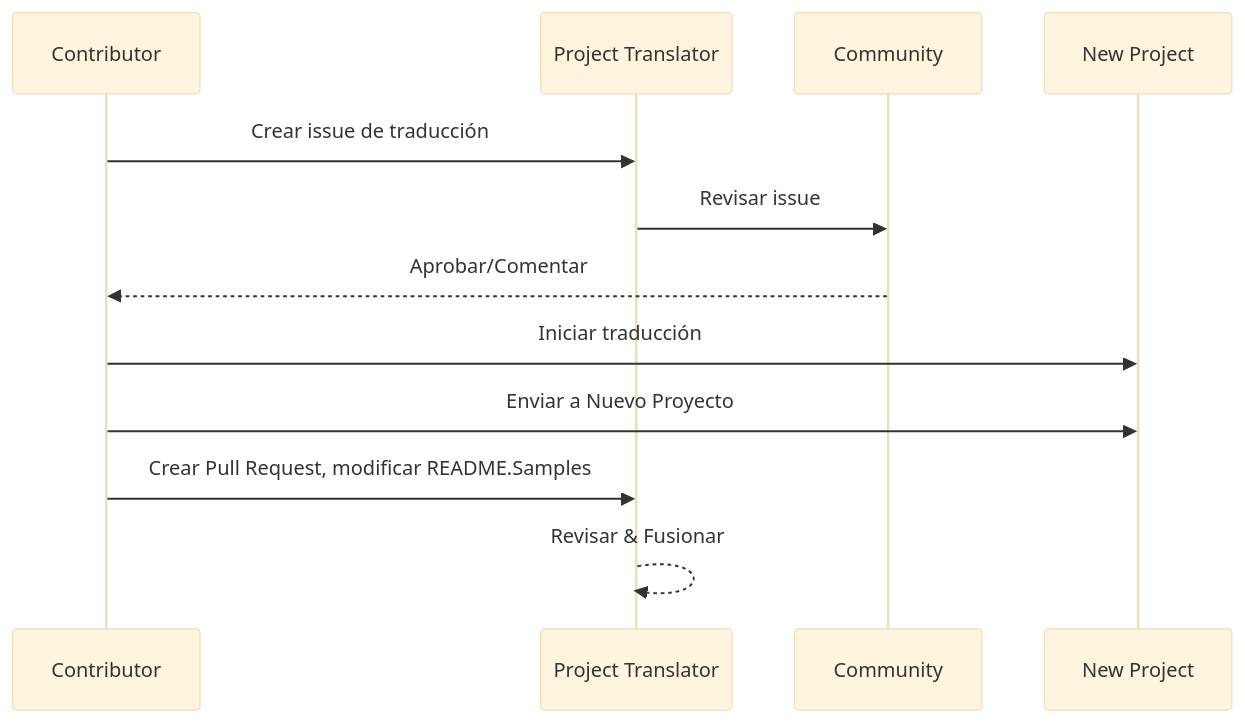
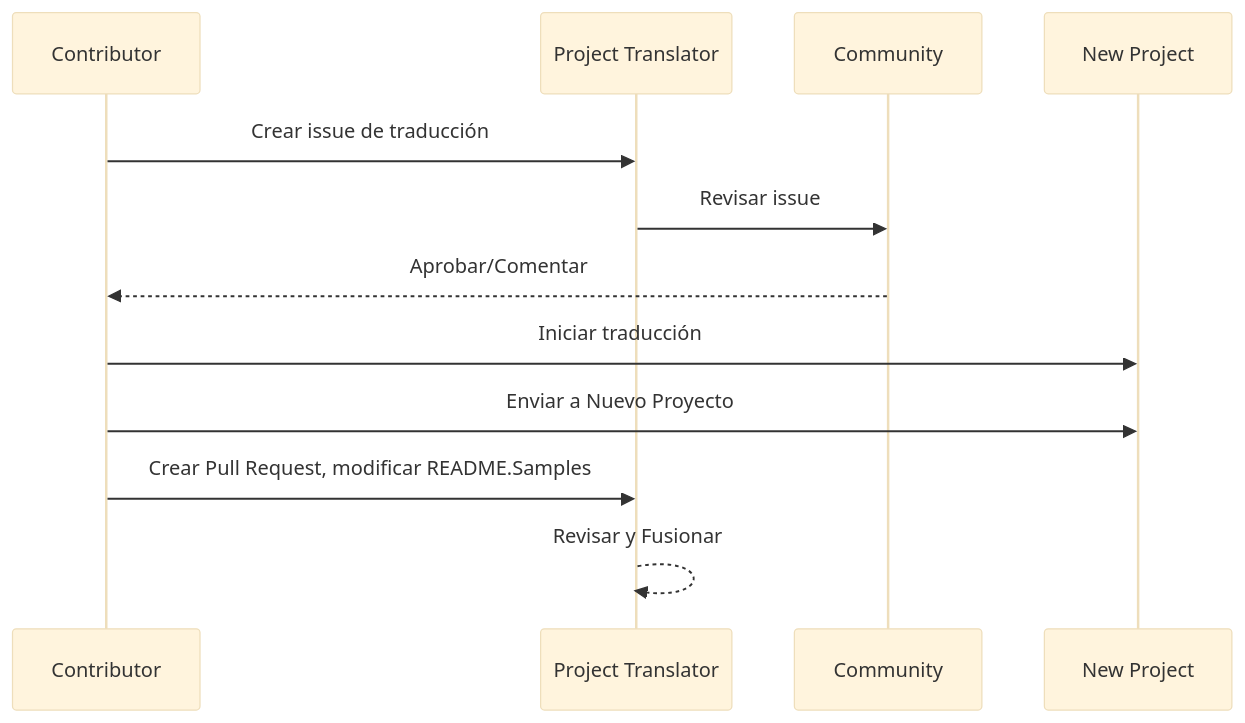
The diagram in readmes/README.es-es.md (Project-Translation/project_translator), drawn with Mermaid (base theme) before and after one commit. The commit also changed other lines of this file and 22 other files, not shown here.

````diff
--- a/readmes/README.es-es.md
+++ b/readmes/README.es-es.md
@@ -63,10 +63,10 @@
 ```mermaid
 sequenceDiagram
   Contributor->>Project Translator: Crear issue de traducción
   Project Translator->>Community: Revisar issue
   Community-->>Contributor: Aprobar/Comentar
   Contributor->>New Project: Iniciar traducción
   Contributor->>New Project: Enviar a Nuevo Proyecto
   Contributor->>Project Translator: Crear Pull Request, modificar README.Samples
-  Project Translator-->>Project Translator: Revisar & Fusionar
+  Project Translator-->>Project Translator: Revisar y Fusionar
 ```
````
